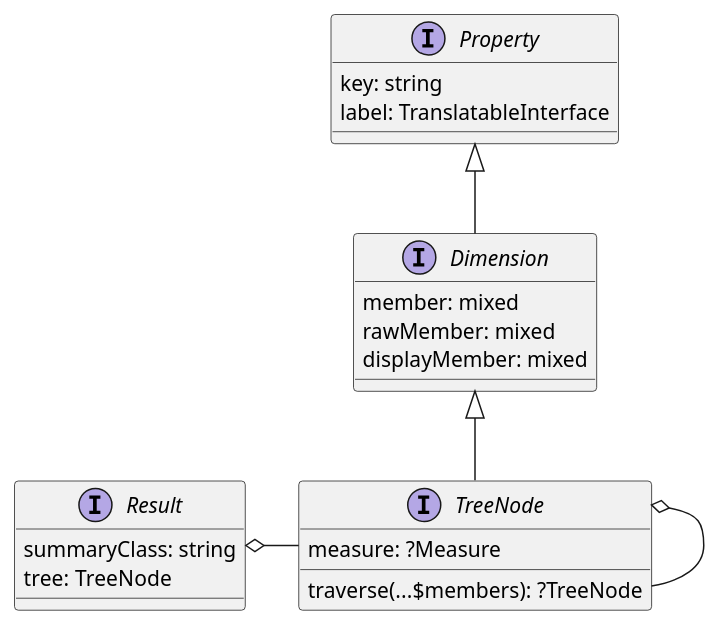
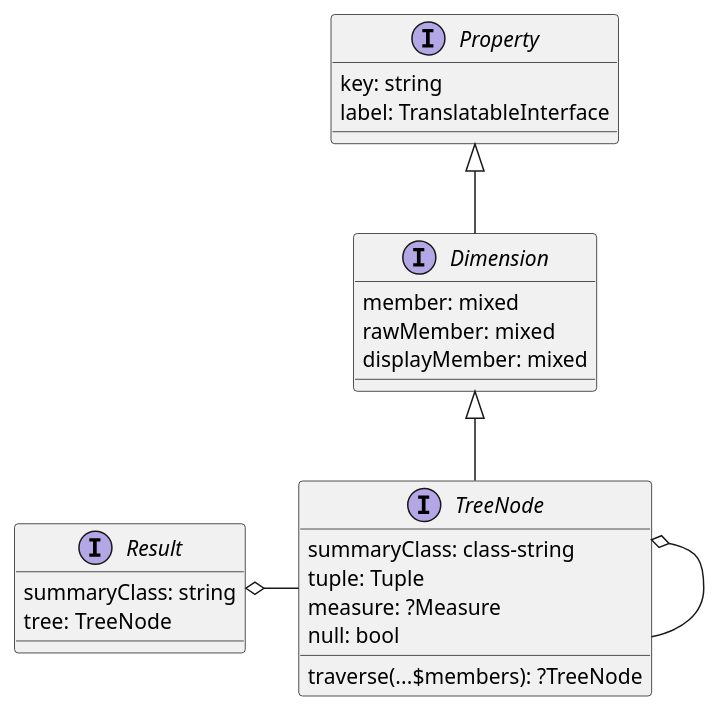
Before and after one commit to rekalogika/rekalogika-docs: the diagram in docs/analytics/04-query/diagrams/tree.puml, drawn with PlantUML. The commit also changed 6 other files, not shown here.

```diff
--- a/docs/analytics/04-query/diagrams/tree.puml
+++ b/docs/analytics/04-query/diagrams/tree.puml
@@ -1,28 +1,31 @@
 @startuml
 
 interface Result {
     summaryClass: string
     tree: TreeNode
 }
 
 Result o- TreeNode
 
 interface Property {
     key: string
     label: TranslatableInterface
 }
 
-interface Dimension extends Property{
+interface Dimension extends Property {
     member: mixed
     rawMember: mixed
     displayMember: mixed
 }
 
 interface TreeNode extends Dimension {
+    summaryClass: class-string
+    tuple: Tuple
     measure: ?Measure
     traverse(...$members): ?TreeNode
+    null: bool
 }
 
 TreeNode o-- TreeNode
 
 @endu
```
